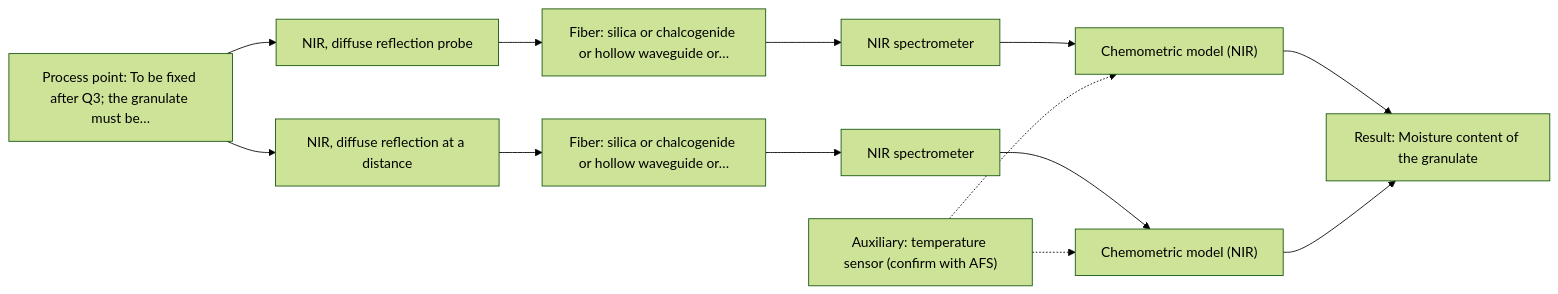
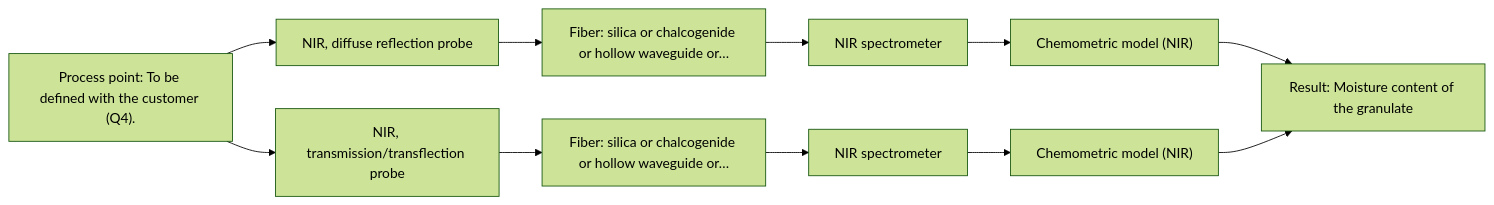
One commit to sleipnir029/Afs-Spectroscopy-Assistant changed the diagram in outputs/adversarial/A08.md. Above: the diagram before and after it, drawn with Mermaid (forest theme). The commit also changed other lines of this file and 41 other files, not shown here.

````diff
--- a/outputs/adversarial/A08.md
+++ b/outputs/adversarial/A08.md
@@ -38,26 +37,23 @@
 ```mermaid
 flowchart LR
-    proc["Process point: To be fixed after Q3; the granulate must be…"]
+    proc["Process point: To be defined with the customer (Q4)."]
     probe1["NIR, diffuse reflection probe"]
     fiber1["Fiber: silica or chalcogenide or hollow waveguide or…"]
     spec1["NIR spectrometer"]
     model1["Chemometric model (NIR)"]
-    probe2["NIR, diffuse reflection at a distance"]
+    probe2["NIR, transmission/transflection probe"]
     fiber2["Fiber: silica or chalcogenide or hollow waveguide or…"]
     spec2["NIR spectrometer"]
     model2["Chemometric model (NIR)"]
     result["Result: Moisture content of the granulate"]
-    aux1["Auxiliary: temperature sensor (confirm with AFS)"]
     proc --> probe1
     probe1 --> fiber1
     fiber1 --> spec1
     spec1 --> model1
     proc --> probe2
     probe2 --> fiber2
     fiber2 --> spec2
     spec2 --> model2
     model1 --> result
     model2 --> result
-    aux1 -.-> model1
-    aux1 -.-> model2
 ```
````
